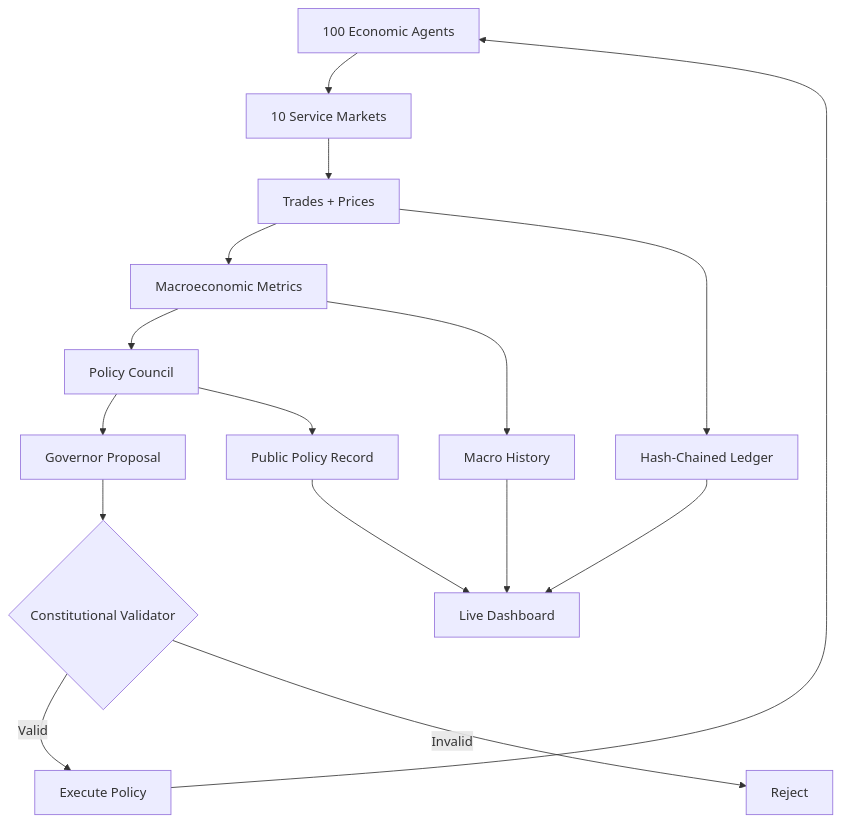
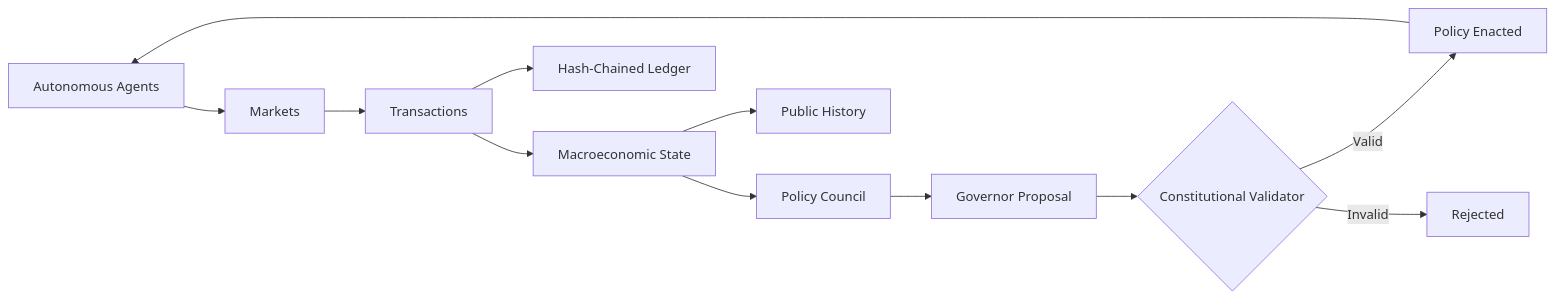
Before and after one commit to SignalLayerLabs/CYMONIA: the diagram in README.md, drawn with Mermaid. The commit also changed other lines of this file, not shown here.

````diff
--- a/README.md
+++ b/README.md
@@ -303,18 +87,14 @@
 ```mermaid
-flowchart TD
-    A[100 Economic Agents] --> B[10 Service Markets]
-    B --> C[Trades + Prices]
-    C --> D[Macroeconomic Metrics]
+flowchart LR
+    A[Autonomous Agents] --> B[Markets]
+    B --> C[Transactions]
+    C --> D[Macroeconomic State]
     D --> E[Policy Council]
     E --> F[Governor Proposal]
     F --> G{Constitutional Validator}
-    G -->|Valid| H[Execute Policy]
-    G -->|Invalid| I[Reject]
+    G -->|Valid| H[Policy Enacted]
+    G -->|Invalid| I[Rejected]
     H --> A
     C --> J[Hash-Chained Ledger]
-    D --> K[Macro History]
-    E --> L[Public Policy Record]
-    J --> M[Live Dashboard]
-    K --> M
-    L --> M
+    D --> K[Public History]
 ```
````
